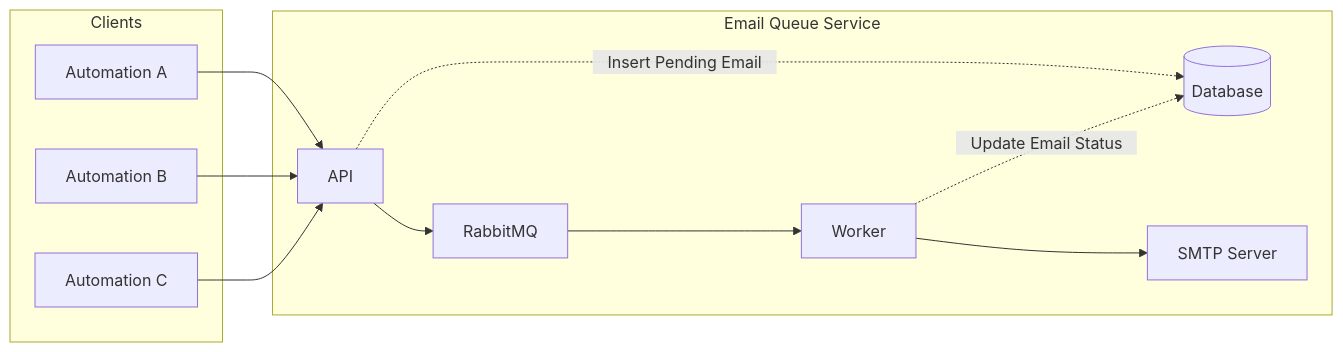
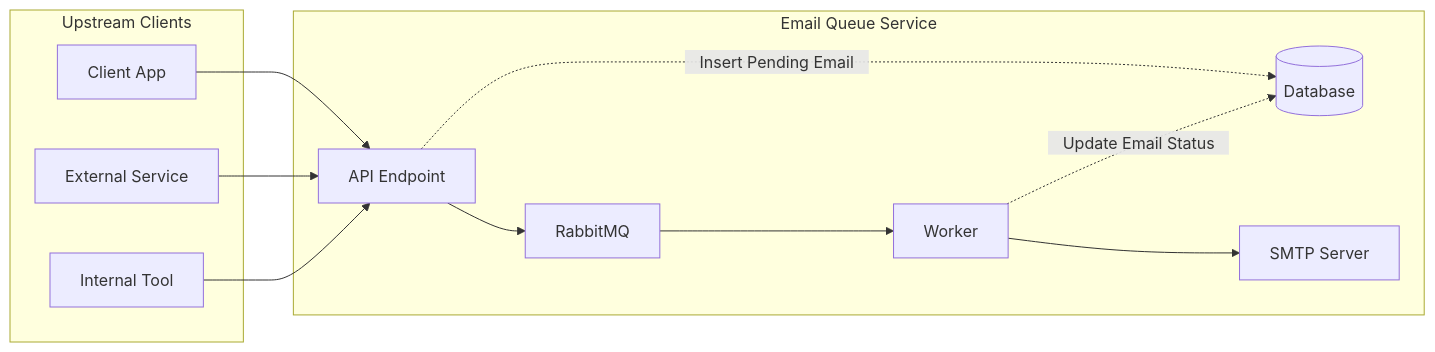
Before and after one commit to marksxiety/email-queue-service: the diagram in README.md, drawn with Mermaid.

Commit message:
docs: clarify API service scope - available for any software, not limited to automations
Updated mermaid diagram labels from 'Automation A/B/C' to generic client types
('Client App', 'External Service', 'Internal Tool') and added subgraph labels
to emphasize this is a general-purpose API service accessible by any software,
not just automation systems.

````diff
--- a/README.md
+++ b/README.md
@@ -28,25 +28,25 @@
 ```mermaid
 graph LR
-    subgraph Clients
-        A[Automation A]
-        B[Automation B]
-        C[Automation C]
+    subgraph Clients [Upstream Clients]
+        A[Client App]
+        B[External Service]
+        C[Internal Tool]
     end
 
-    subgraph Email Queue Service
-        D[API]
+    subgraph EmailQueue [Email Queue Service]
+        D[API Endpoint]
         E[(Database)]
         F[RabbitMQ]
         G[Worker]
         H[SMTP Server]
     end
 
     A --> D
     B --> D
     C --> D
     D -.->| ㅤInsert Pending Emailㅤ | E
     D --> F
     F --> G
     G -.->|ㅤUpdate Email Statusㅤ| E
     G --> H
 ```
````
